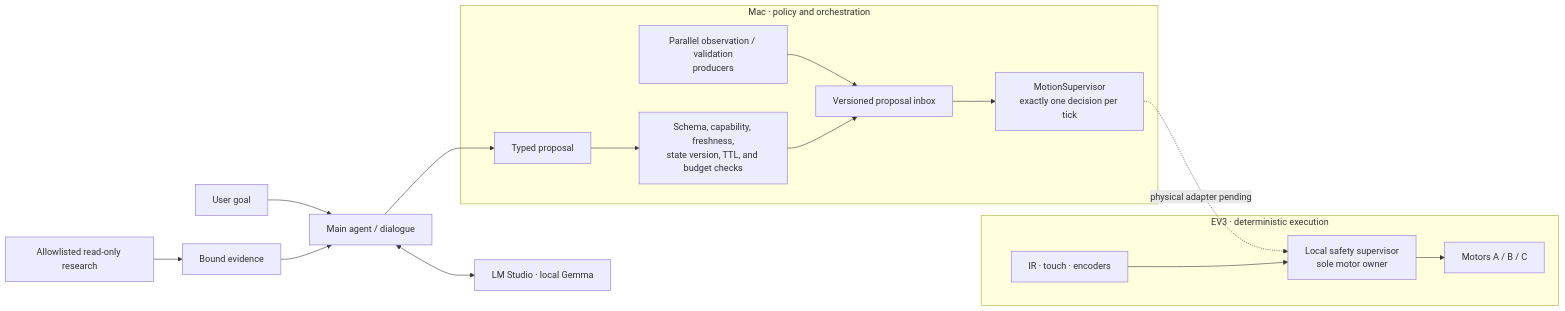
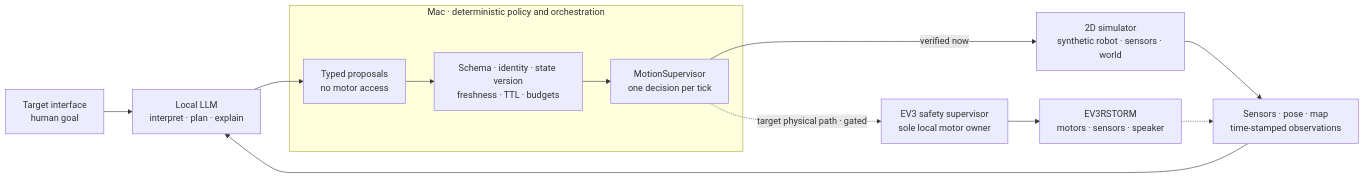
One commit to Jawbreaker1/robot-llm changed the diagram in README.md. Above: the diagram before and after it, drawn with Mermaid. The commit also changed other lines of this file, not shown here.

````diff
--- a/README.md
+++ b/README.md
@@ -105,21 +64,17 @@
 ```mermaid
 flowchart LR
-    U["User goal"] --> A["Main agent / dialogue"]
-    A <--> L["LM Studio · local Gemma"]
-    A --> P["Typed proposal"]
-    W["Allowlisted read-only research"] --> E["Bound evidence"]
-    E --> A
+    U["Target interface<br/>human goal"] --> L["Local LLM<br/>interpret · plan · explain"]
+    O["Sensors · pose · map<br/>time-stamped observations"] --> L
+    L --> P["Typed proposals<br/>no motor access"]
 
-    subgraph HOST["Mac · policy and orchestration"]
-        P --> H["Schema, capability, freshness,<br/>state version, TTL, and budget checks"]
-        O["Parallel observation / validation<br/>producers"] --> I["Versioned proposal inbox"]
-        H --> I
-        I --> M["MotionSupervisor<br/>exactly one decision per tick"]
+    subgraph HOST["Mac · deterministic policy and orchestration"]
+        P --> V["Schema · identity · state version<br/>freshness · TTL · budgets"]
+        V --> M["MotionSupervisor<br/>one decision per tick"]
     end
 
-    subgraph EV3["EV3 · deterministic execution"]
-        M -.->|"physical adapter pending"| S["Local safety supervisor<br/>sole motor owner"]
-        R["IR · touch · encoders"] --> S
-        S --> B["Motors A / B / C"]
-    end
+    M -->|"verified now"| X["2D simulator<br/>synthetic robot · sensors · world"]
+    X --> O
+    M -.->|"target physical path · gated"| S["EV3 safety supervisor<br/>sole local motor owner"]
+    S --> R["EV3RSTORM<br/>motors · sensors · speaker"]
+    R -.-> O
 ```
````
